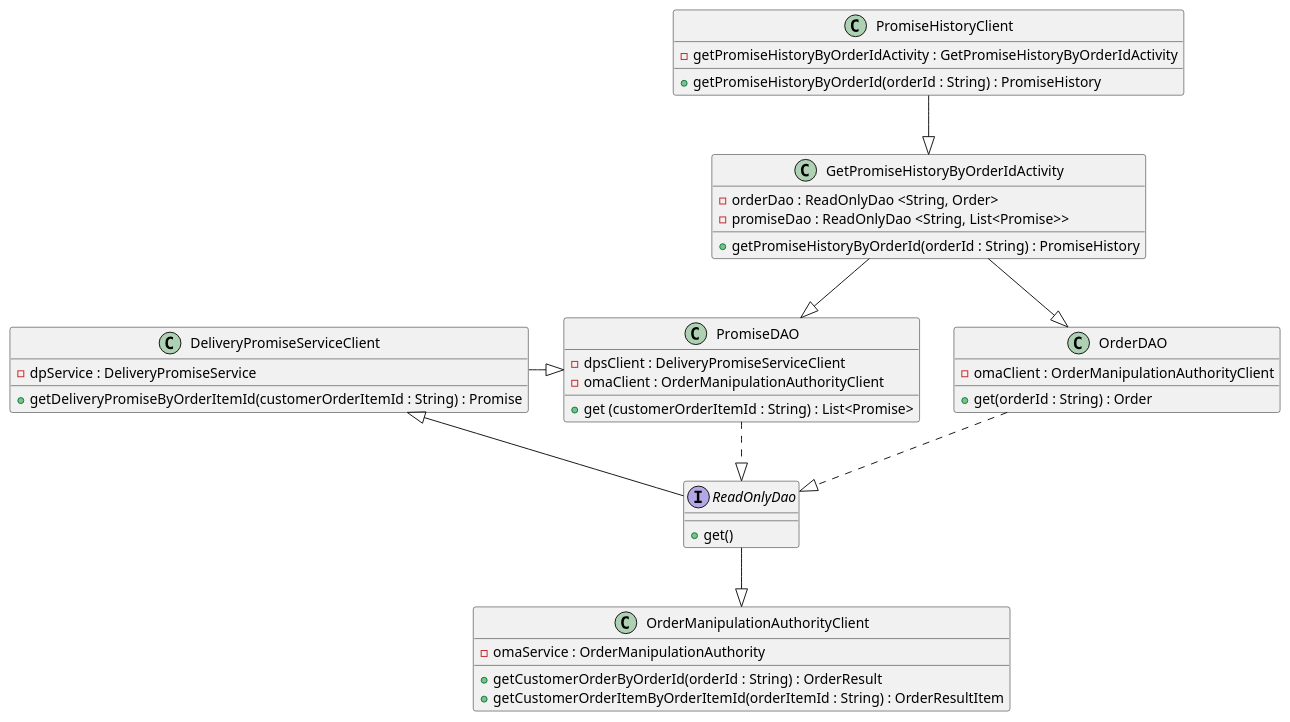
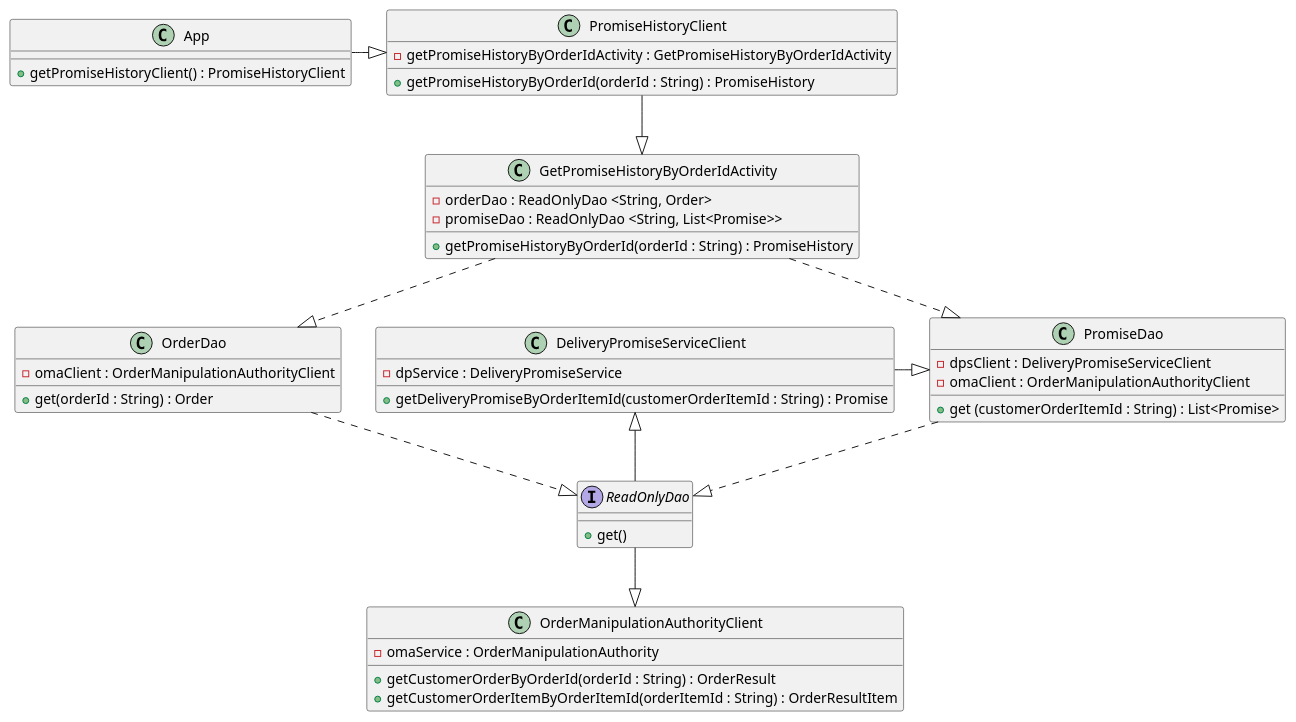
One commit to KasiDavid/bd-intermediate-java-project changed the diagram in src/resources/deliveringonourpromise_CD.puml. Above: the diagram before and after it, drawn with PlantUML.

Commit message:
task 4 updated

```diff
--- a/src/resources/deliveringonourpromise_CD.puml
+++ b/src/resources/deliveringonourpromise_CD.puml
@@ -1,57 +1,62 @@
 @startuml
+
+class App{
++ getPromiseHistoryClient() : PromiseHistoryClient
+}
 
 class PromiseHistoryClient {
 - getPromiseHistoryByOrderIdActivity : GetPromiseHistoryByOrderIdActivity
 
 + getPromiseHistoryByOrderId(orderId : String) : PromiseHistory
 }
 
 class GetPromiseHistoryByOrderIdActivity {
 - orderDao : ReadOnlyDao <String, Order>
 - promiseDao : ReadOnlyDao <String, List<Promise>>
 
 + getPromiseHistoryByOrderId(orderId : String) : PromiseHistory
 }
 
-class OrderDAO {
+class OrderDao {
 - omaClient : OrderManipulationAuthorityClient
 
 + get(orderId : String) : Order
 }
 
-class PromiseDAO {
+class PromiseDao {
 - dpsClient : DeliveryPromiseServiceClient
 - omaClient : OrderManipulationAuthorityClient
 
 + get (customerOrderItemId : String) : List<Promise>
 }
 
 interface ReadOnlyDao {
 + get()
 }
 
 class OrderManipulationAuthorityClient {
 - omaService : OrderManipulationAuthority
 
 + getCustomerOrderByOrderId(orderId : String) : OrderResult
 + getCustomerOrderItemByOrderItemId(orderItemId : String) : OrderResultItem
 }
 
 class DeliveryPromiseServiceClient {
 - dpService : DeliveryPromiseService
 
 + getDeliveryPromiseByOrderItemId(customerOrderItemId : String) : Promise
 }
 
+App -|> PromiseHistoryClient
 PromiseHistoryClient --|> GetPromiseHistoryByOrderIdActivity
 
-GetPromiseHistoryByOrderIdActivity --|> OrderDAO
-GetPromiseHistoryByOrderIdActivity --|> PromiseDAO
-OrderDAO ..|> ReadOnlyDao
-PromiseDAO ..|> ReadOnlyDao
+GetPromiseHistoryByOrderIdActivity ..|> OrderDao
+GetPromiseHistoryByOrderIdActivity ..|> PromiseDao
+OrderDao ..|> ReadOnlyDao
+PromiseDao ..|> ReadOnlyDao
 DeliveryPromiseServiceClient <|- ReadOnlyDao
-DeliveryPromiseServiceClient -|> PromiseDAO
+DeliveryPromiseServiceClient -|> PromiseDao
 ReadOnlyDao --|> OrderManipulationAuthorityClient
 
 
 @enduml
```
